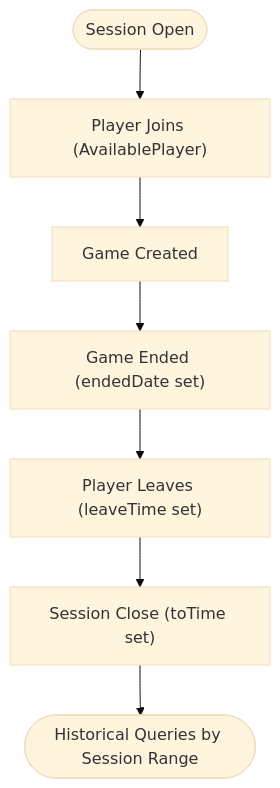
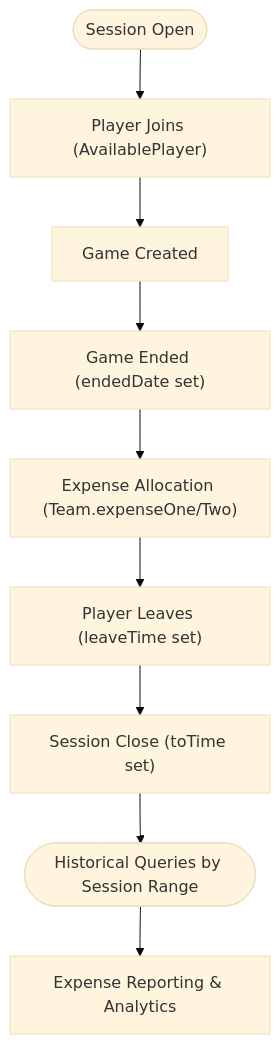
One commit to Vissel/badminton-court-management changed the sixth of 10 diagrams in .qoder/repowiki/en/content/Data Management & Persistence.md. Above: the diagram before and after it, drawn with Mermaid (base theme). The commit also changed other lines of this file and 36 other files, not shown here.

````diff
--- a/.qoder/repowiki/en/content/Data Management & Persistence.md
+++ b/.qoder/repowiki/en/content/Data Management & Persistence.md
@@ -366,9 +431,11 @@
 ```mermaid
 flowchart TD
 S(["Session Open"]) --> Join["Player Joins (AvailablePlayer)"]
 Join --> Play["Game Created"]
 Play --> End["Game Ended (endedDate set)"]
-End --> Leave["Player Leaves (leaveTime set)"]
+End --> Expense["Expense Allocation (Team.expenseOne/Two)"]
+Expense --> Leave["Player Leaves (leaveTime set)"]
 Leave --> Close["Session Close (toTime set)"]
 Close --> Archive(["Historical Queries by Session Range"])
+Archive --> Report["Expense Reporting & Analytics"]
 ```
````
